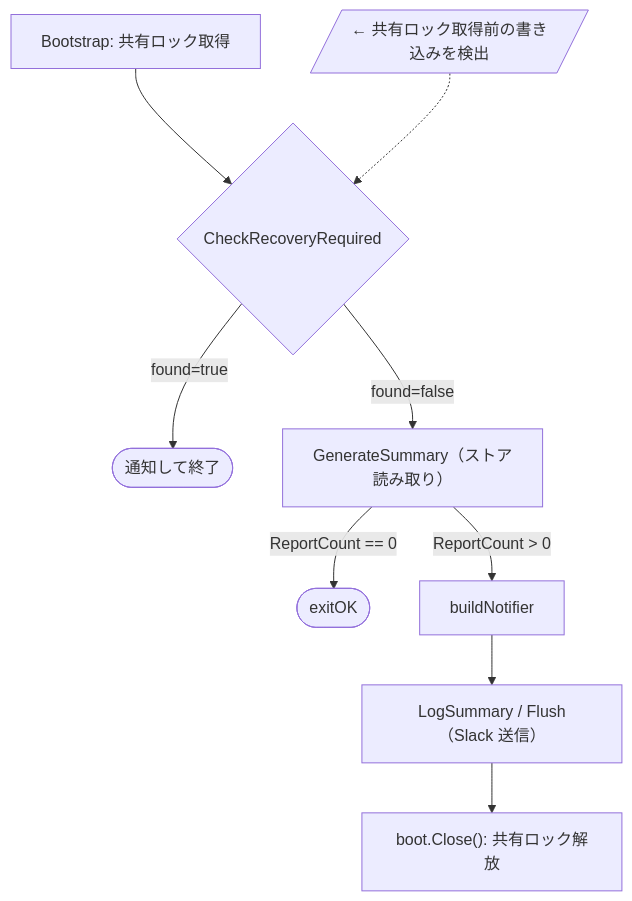
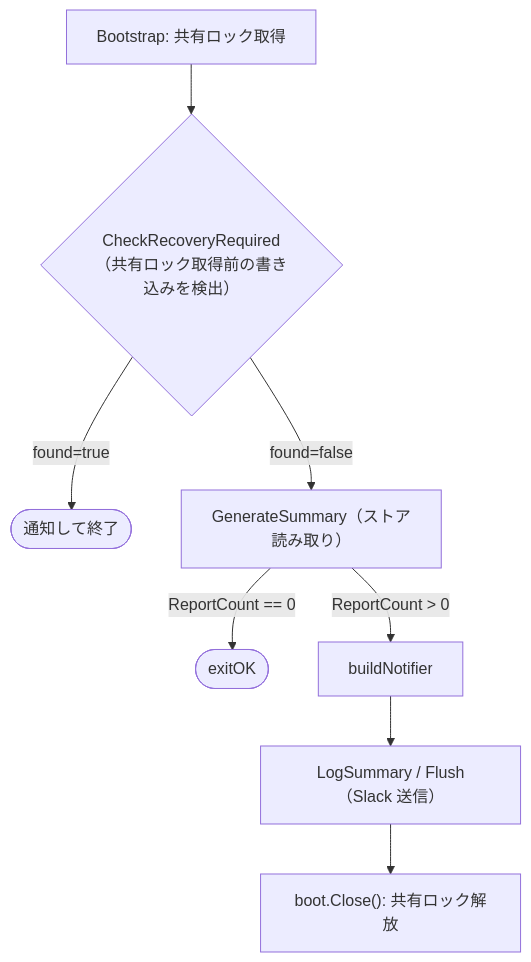
Before and after one commit to isseis/tlsrpt-digest: the third of 3 diagrams in docs/dev/developer_guide/process_locking.ja.md, drawn with Mermaid. The commit also changed other lines of this file, not shown here.

Commit message:
docs(dev-guide): move CheckRecoveryRequired annotation into node label
The separate parallelogram node '← 共有ロック取得前の書き込みを検出'
was confusing. Merge the annotation directly into the CheckRecoveryRequired
diamond label so the explanation is co-located with the step it describes.

````diff
--- a/docs/dev/developer_guide/process_locking.ja.md
+++ b/docs/dev/developer_guide/process_locking.ja.md
@@ -219,11 +218,10 @@
 ```mermaid
 flowchart TD
-    A["Bootstrap: 共有ロック取得"] --> B{"CheckRecoveryRequired"}
-    N[/"← 共有ロック取得前の書き込みを検出"/] -.-> B
+    A["Bootstrap: 共有ロック取得"] --> B{"CheckRecoveryRequired<br>（共有ロック取得前の書き込みを検出）"}
     B -- "found=true" --> C(["通知して終了"])
     B -- "found=false" --> D["GenerateSummary（ストア読み取り）"]
     D -- "ReportCount == 0" --> E(["exitOK"])
     D -- "ReportCount > 0" --> F["buildNotifier"]
     F --> G["LogSummary / Flush（Slack 送信）"]
     G --> H["boot.Close(): 共有ロック解放"]
 ```
````
